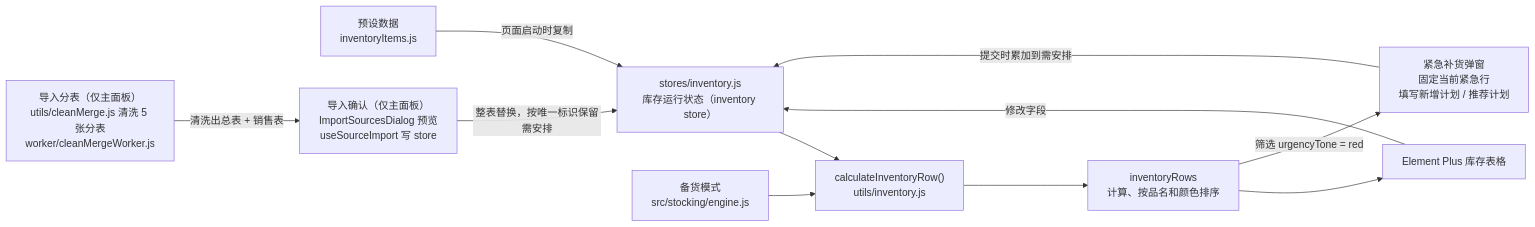
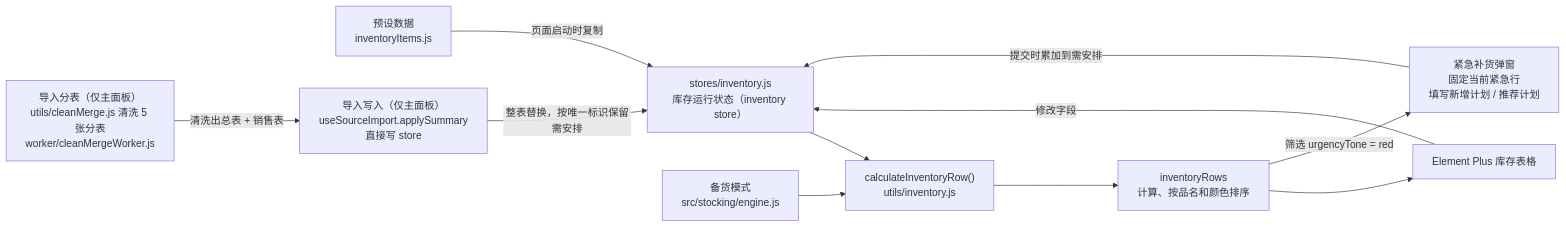
The second of 2 diagrams in 项目架构图.md (HugoCosette/kucunyujing), drawn with Mermaid before and after one commit. The commit also changed other lines of this file and 59 other files, not shown here.

````diff
--- a/项目架构图.md
+++ b/项目架构图.md
@@ -52,23 +52,23 @@
 ```mermaid
 flowchart LR
     Seed["预设数据<br/>inventoryItems.js"]
     State["stores/inventory.js<br/>库存运行状态（inventory store）"]
     Rules["备货模式<br/>src/stocking/engine.js"]
     Calc["calculateInventoryRow()<br/>utils/inventory.js"]
     Rows["inventoryRows<br/>计算、按品名和颜色排序"]
     Table["Element Plus 库存表格"]
     Urgent["紧急补货弹窗<br/>固定当前紧急行<br/>填写新增计划 / 推荐计划"]
-    Confirm["导入确认（仅主面板）<br/>ImportSourcesDialog 预览<br/>useSourceImport 写 store"]
+    Confirm["导入写入（仅主面板）<br/>useSourceImport.applySummary<br/>直接写 store"]
     Split["导入分表（仅主面板）<br/>utils/cleanMerge.js 清洗 5 张分表<br/>worker/cleanMergeWorker.js"]
 
     Seed -->|"页面启动时复制"| State
     State --> Calc
     Rules --> Calc
     Calc --> Rows
     Rows --> Table
     Rows -->|"筛选 urgencyTone = red"| Urgent
     Table -->|"修改字段"| State
     Urgent -->|"提交时累加到需安排"| State
     Confirm -->|"整表替换，按唯一标识保留需安排"| State
     Split -->|"清洗出总表 + 销售表"| Confirm
 ```
````
